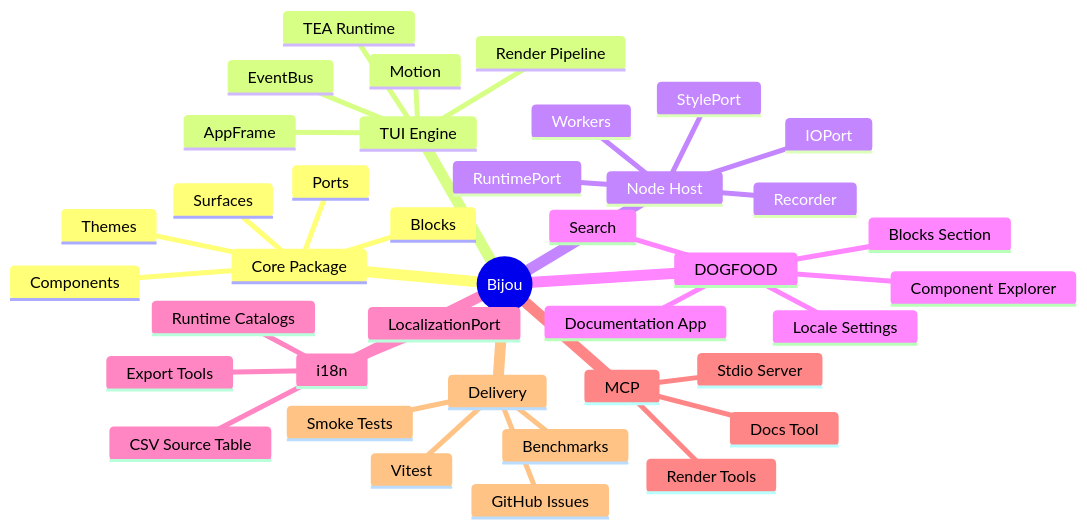
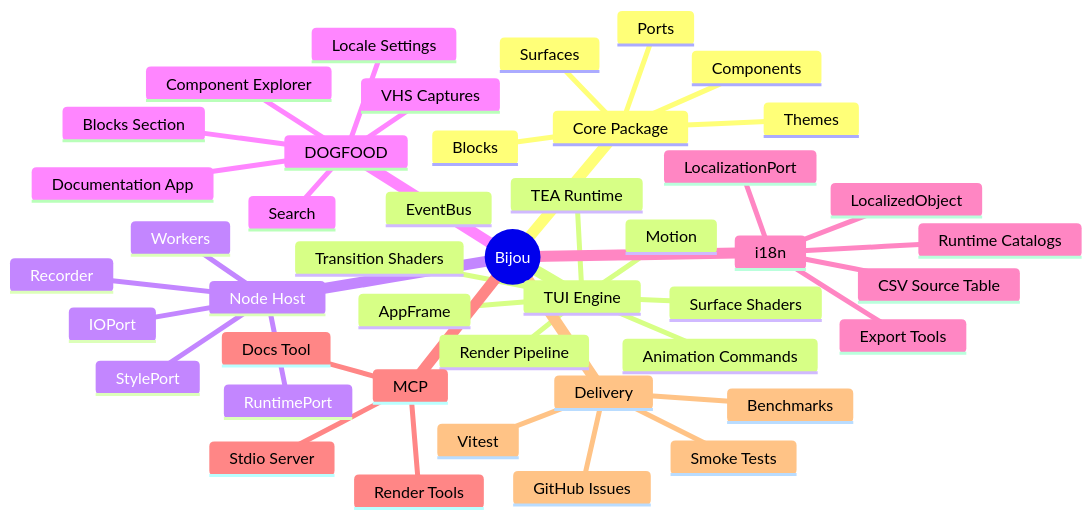
Before and after one commit to flyingrobots/bijou: the first of 18 diagrams in docs/TECHNICAL_TEARDOWN.md, drawn with Mermaid. The commit also changed other lines of this file, not shown here.

````diff
--- a/docs/TECHNICAL_TEARDOWN.md
+++ b/docs/TECHNICAL_TEARDOWN.md
@@ -36,42 +43,47 @@
 ```mermaid
 mindmap
   root((Bijou))
     Core Package
       Surfaces
       Components
       Themes
       Blocks
       Ports
     TUI Engine
       TEA Runtime
       EventBus
       Render Pipeline
       AppFrame
       Motion
+      Animation Commands
+      Surface Shaders
+      Transition Shaders
     Node Host
       RuntimePort
       IOPort
       StylePort
       Workers
       Recorder
     DOGFOOD
       Documentation App
       Component Explorer
       Blocks Section
       Search
       Locale Settings
+      VHS Captures
     i18n
       Runtime Catalogs
       LocalizationPort
+      LocalizedObject
       CSV Source Table
       Export Tools
     MCP
       Stdio Server
       Render Tools
       Docs Tool
     Delivery
       Vitest
       Smoke Tests
       Benchmarks
       GitHub Issues
 ```
````
